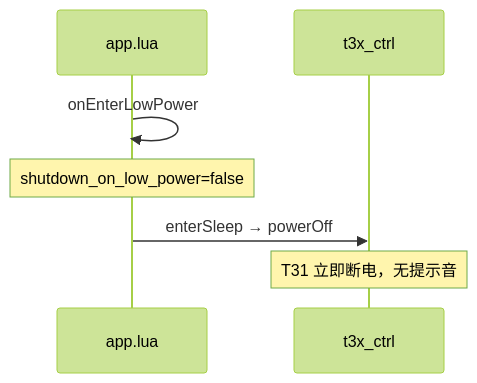
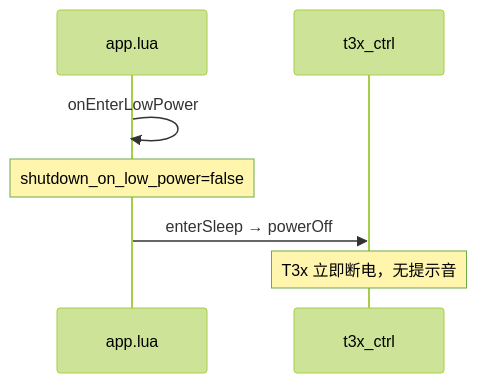
Before and after one commit to dzr1986/AIR780EHM: the fourth of 5 diagrams in doc/BOOT_SHUTDOWN_SOUND.md, drawn with Mermaid (forest theme). The commit also changed other lines of this file and 107 other files, not shown here.

````diff
--- a/doc/BOOT_SHUTDOWN_SOUND.md
+++ b/doc/BOOT_SHUTDOWN_SOUND.md
@@ -246,10 +250,10 @@
 ```mermaid
 sequenceDiagram
     participant A as app.lua
     participant T as t3x_ctrl
 
     A->>A: onEnterLowPower
     Note over A: shutdown_on_low_power=false
     A->>T: enterSleep → powerOff
-    Note over T: T31 立即断电，无提示音
+    Note over T: T3x 立即断电，无提示音
 ```
````
